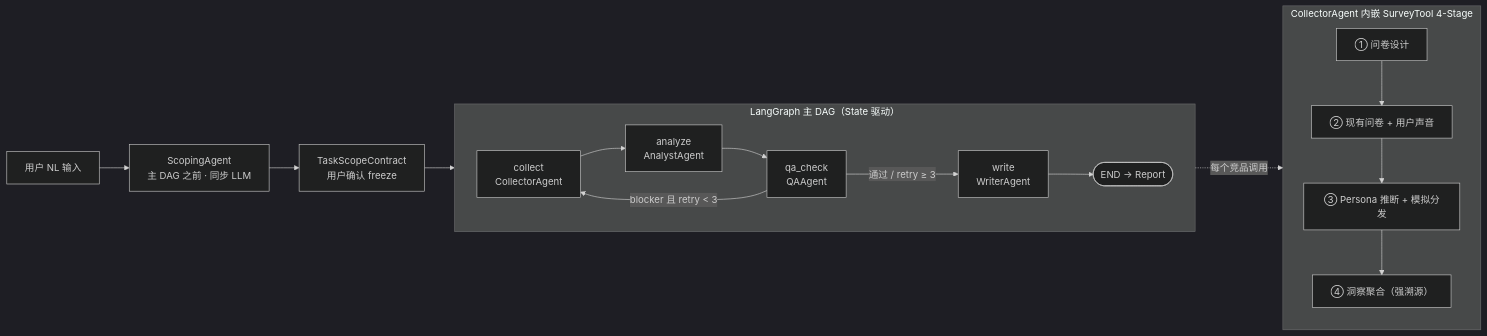
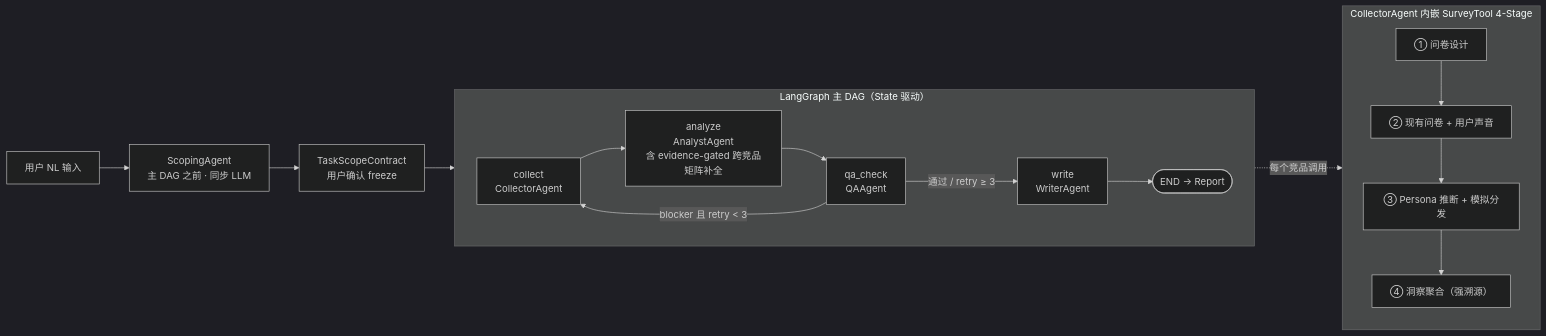
Before and after one commit to XuZiHan-010/competitor_analysis: the second of 2 diagrams in docs/architecture.md, drawn with Mermaid (dark theme). The commit also changed 3 other files, not shown here.

First line of the commit message:
feat(analyst): evidence-gated cross-competitor matrix fill

````diff
--- a/docs/architecture.md
+++ b/docs/architecture.md
@@ -81,24 +81,24 @@
 ```mermaid
 flowchart LR
     NL["用户 NL 输入"] --> SCOPE["ScopingAgent<br/>主 DAG 之前 · 同步 LLM"]
     SCOPE --> FREEZE["TaskScopeContract<br/>用户确认 freeze"]
     FREEZE --> COL
 
     subgraph DAG["LangGraph 主 DAG（State 驱动）"]
         direction LR
-        COL["collect<br/>CollectorAgent"] --> ANA["analyze<br/>AnalystAgent"]
+        COL["collect<br/>CollectorAgent"] --> ANA["analyze<br/>AnalystAgent<br/>含 evidence-gated 跨竞品矩阵补全"]
         ANA --> QA["qa_check<br/>QAAgent"]
         QA -->|"blocker 且 retry < 3"| COL
         QA -->|"通过 / retry ≥ 3"| WR["write<br/>WriterAgent"]
         WR --> DONE(["END → Report"])
     end
 
     subgraph SURVEY["CollectorAgent 内嵌 SurveyTool 4-Stage"]
         direction TB
         S1["① 问卷设计"] --> S2["② 现有问卷 + 用户声音"]
         S2 --> S3["③ Persona 推断 + 模拟分发"]
         S3 --> S4["④ 洞察聚合（强溯源）"]
     end
 
     COL -. 每个竞品调用 .-> SURVEY
 ```
````
